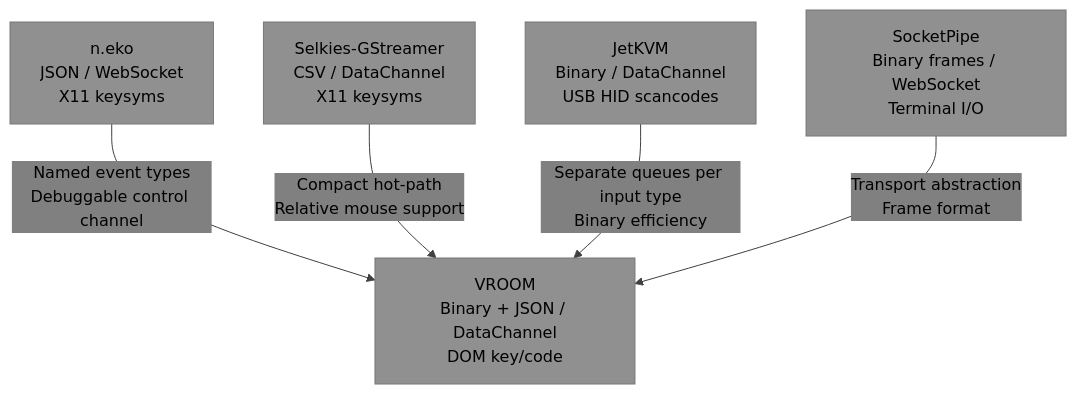
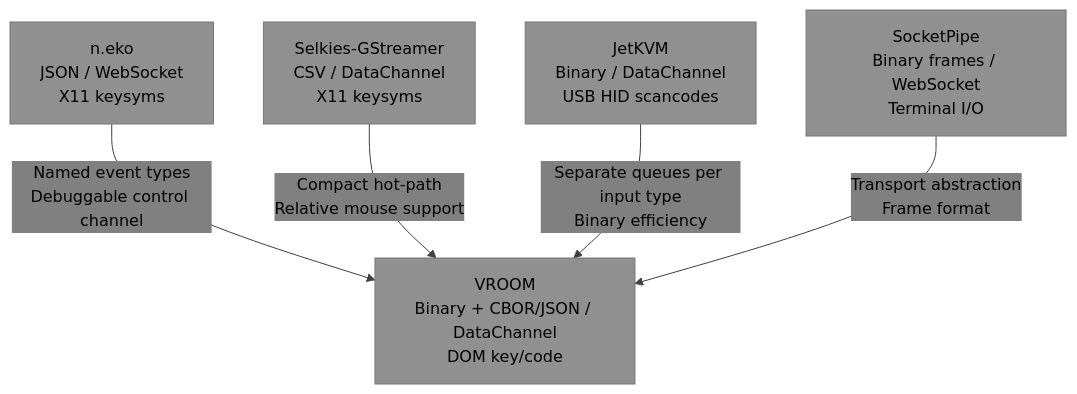
Diagram 23 of 23 in VROOM-Graphical.md (deftai/vroom), drawn with Mermaid before and after one commit. The commit also changed other lines of this file and 1 other file, not shown here.

First line of the commit message:
feat: standardize on CBOR preferred, JSON accepted across both protocols

````diff
--- a/VROOM-Graphical.md
+++ b/VROOM-Graphical.md
@@ -873,15 +879,15 @@
 ```mermaid
 %%{init: {'theme': 'base', 'themeVariables': {'primaryTextColor': '#000000', 'secondaryTextColor': '#000000', 'tertiaryTextColor': '#000000', 'noteTextColor': '#000000', 'primaryColor': '#909090', 'secondaryColor': '#808080', 'tertiaryColor': '#707070', 'lineColor': '#404040'}}}%%
 graph TB
     N["n.eko<br/>JSON / WebSocket<br/>X11 keysyms"]
     S["Selkies-GStreamer<br/>CSV / DataChannel<br/>X11 keysyms"]
     J["JetKVM<br/>Binary / DataChannel<br/>USB HID scancodes"]
     SP["SocketPipe<br/>Binary frames / WebSocket<br/>Terminal I/O"]
 
-    V["VROOM<br/>Binary + JSON / DataChannel<br/>DOM key/code"]
+    V["VROOM<br/>Binary + CBOR/JSON / DataChannel<br/>DOM key/code"]
 
     N -->|"Named event types<br/>Debuggable control channel"| V
     S -->|"Compact hot-path<br/>Relative mouse support"| V
     J -->|"Separate queues per input type<br/>Binary efficiency"| V
     SP -->|"Transport abstraction<br/>Frame format"| V
 ```
````
